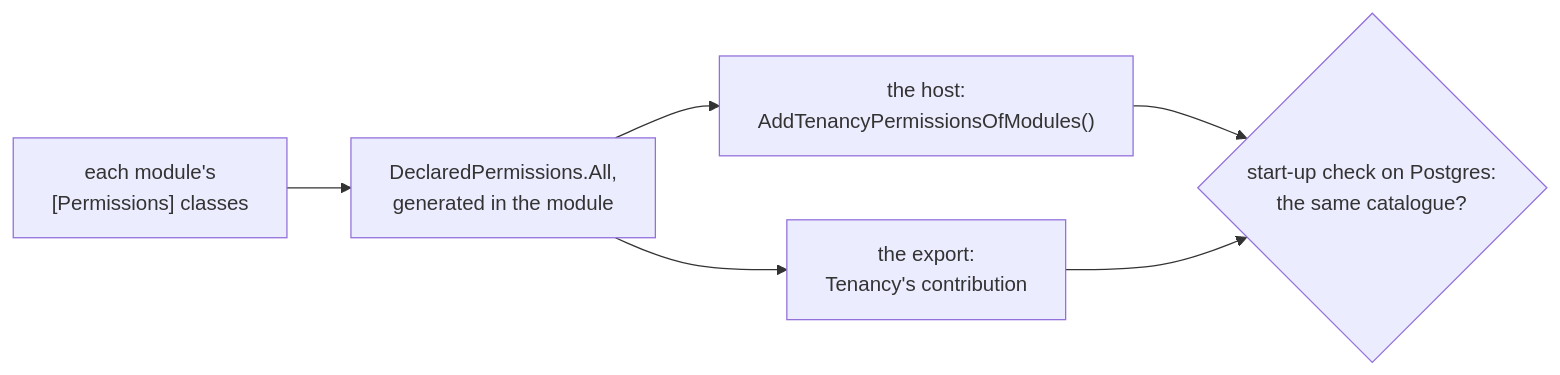
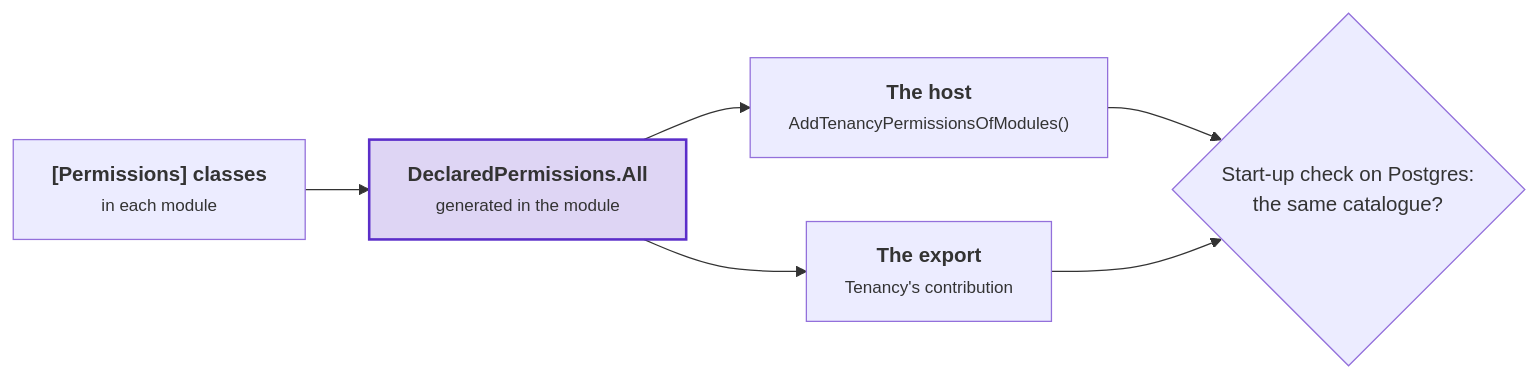
Before and after one commit to DylanSnel/DDDToolkit: the diagram in docs/tenancy/roles-and-permissions.md, drawn with Mermaid. The commit also changed other lines of this file and 24 other files, not shown here.

First line of the commit message:
Docs: plain prose and readable diagrams for Tenancy and Membership

````diff
--- a/docs/tenancy/roles-and-permissions.md
+++ b/docs/tenancy/roles-and-permissions.md
@@ -74,8 +80,15 @@
 ```mermaid
 flowchart LR
-    Module["each module's<br/>[Permissions] classes"] --> Declared["DeclaredPermissions.All,<br/>generated in the module"]
-    Declared --> Host["the host:<br/>AddTenancyPermissionsOfModules()"]
-    Declared --> Export["the export:<br/>Tenancy's contribution"]
-    Host --> Check{"start-up check on Postgres:<br/>the same catalogue?"}
-    Export --> Check
+    module["<b>[Permissions] classes</b><br/><small>in each module</small>"]
+    declared["<b>DeclaredPermissions.All</b><br/><small>generated in the module</small>"]
+    host["<b>The host</b><br/><small>AddTenancyPermissionsOfModules()</small>"]
+    export["<b>The export</b><br/><small>Tenancy's contribution</small>"]
+    check{"Start-up check on Postgres:<br/>the same catalogue?"}
+    module --> declared
+    declared --> host
+    declared --> export
+    host --> check
+    export --> check
+    classDef strong fill:#5b2ec933,stroke:#5b2ec9,stroke-width:2px
+    class declared strong
 ```
````
